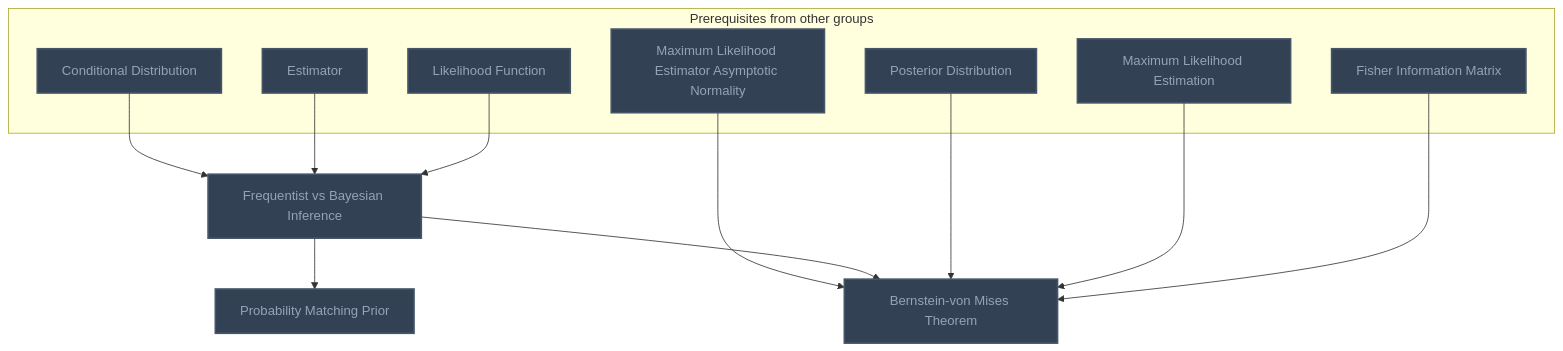
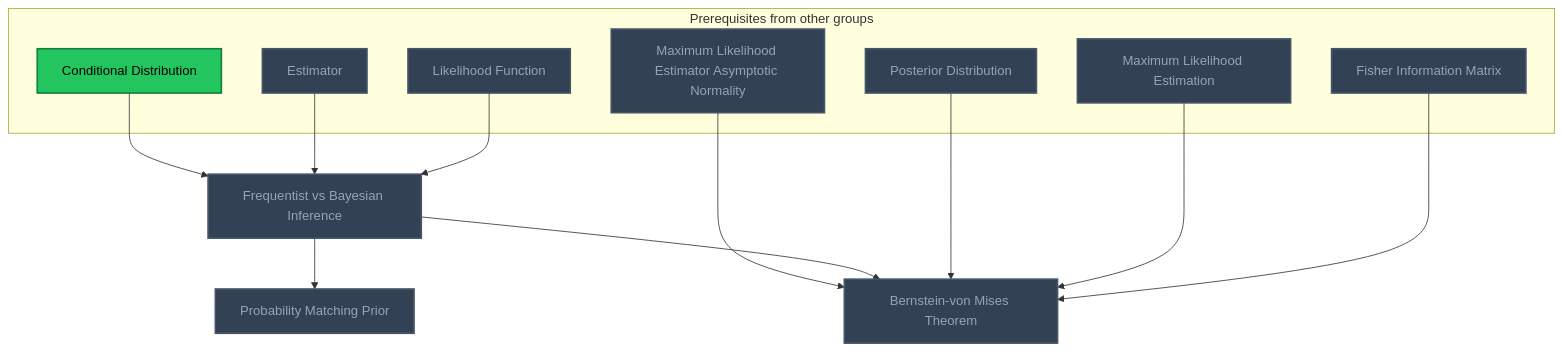
One commit to MRauf1/My-Notes changed diagram 11 of 11 in Gamification/Skill Trees/Mathematical Statistics.md. Above: the diagram before and after it, drawn with Mermaid. The commit also changed other lines of this file and 42 other files, not shown here.

````diff
--- a/Gamification/Skill Trees/Mathematical Statistics.md
+++ b/Gamification/Skill Trees/Mathematical Statistics.md
@@ -1148,35 +1157,36 @@
 ```mermaid
 flowchart TD
     classDef planned fill:#1E293B,stroke:#64748B,stroke-width:2px,stroke-dasharray:5 5,color:#94A3B8;
     classDef locked fill:#334155,stroke:#475569,stroke-width:2px,color:#94A3B8;
     classDef L0 fill:#F1F5F9,stroke:#94A3B8,stroke-width:2px,color:#000000;
     classDef L1 fill:#22C55E,stroke:#15803D,stroke-width:2px,color:#000000;
     classDef L2 fill:#3B82F6,stroke:#1D4ED8,stroke-width:3px,color:#FFFFFF;
     classDef L3 fill:#A855F7,stroke:#6B21A8,stroke-width:3px,color:#FFFFFF,font-weight:bold;
     classDef L4 fill:#F97316,stroke:#C2410C,stroke-width:4px,color:#000000,font-weight:bold;
     classDef L5 fill:#FFD700,stroke:#FF8C00,stroke-width:5px,color:#000000,font-weight:bold;
     classDef rusty stroke:#8B4513,stroke-width:4px,stroke-dasharray:3 3;
     subgraph sg_prereqs["Prerequisites from other groups"]
         n_conditional_distribution["Conditional Distribution"]
         n_estimator["Estimator"]
         n_maximum_likelihood_estimator_asymptotic_normality["Maximum Likelihood Estimator Asymptotic Normality"]
         n_posterior_distribution["Posterior Distribution"]
         n_maximum_likelihood_estimation["Maximum Likelihood Estimation"]
         n_likelihood_function["Likelihood Function"]
         n_fisher_information_matrix["Fisher Information Matrix"]
     end
     n_frequentist_vs_bayesian_inference["Frequentist vs Bayesian Inference"]
     n_probability_matching_prior["Probability Matching Prior"]
     n_bernstein_von_mises_theorem["Bernstein-von Mises Theorem"]
     n_conditional_distribution --> n_frequentist_vs_bayesian_inference
     n_estimator --> n_frequentist_vs_bayesian_inference
     n_frequentist_vs_bayesian_inference --> n_probability_matching_prior
     n_maximum_likelihood_estimator_asymptotic_normality --> n_bernstein_von_mises_theorem
     n_frequentist_vs_bayesian_inference --> n_bernstein_von_mises_theorem
     n_posterior_distribution --> n_bernstein_von_mises_theorem
     n_maximum_likelihood_estimation --> n_bernstein_von_mises_theorem
     n_likelihood_function --> n_frequentist_vs_bayesian_inference
     n_fisher_information_matrix --> n_bernstein_von_mises_theorem
-    class n_conditional_distribution,n_estimator,n_maximum_likelihood_estimator_asymptotic_normality,n_posterior_distribution,n_maximum_likelihood_estimation,n_likelihood_function,n_fisher_information_matrix,n_frequentist_vs_bayesian_inference,n_probability_matching_prior,n_bernstein_von_mises_theorem locked;
+    class n_estimator,n_maximum_likelihood_estimator_asymptotic_normality,n_posterior_distribution,n_maximum_likelihood_estimation,n_likelihood_function,n_fisher_information_matrix,n_frequentist_vs_bayesian_inference,n_probability_matching_prior,n_bernstein_von_mises_theorem locked;
+    class n_conditional_distribution L1;
     class n_conditional_distribution,n_estimator,n_maximum_likelihood_estimator_asymptotic_normality,n_posterior_distribution,n_maximum_likelihood_estimation,n_likelihood_function,n_fisher_information_matrix,n_frequentist_vs_bayesian_inference,n_probability_matching_prior,n_bernstein_von_mises_theorem internal-link;
 ```
````
